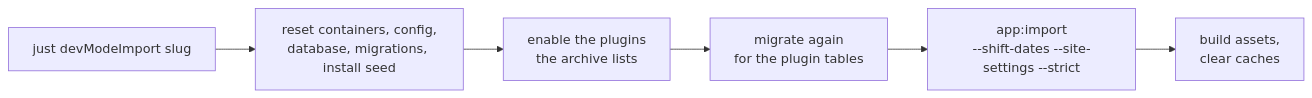
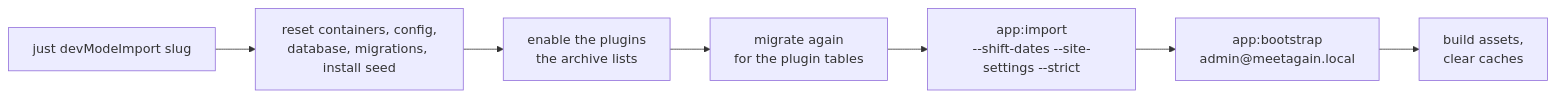
Before and after one commit to xuedi/meetagain: the diagram in docs/src/core-development/demo-data.md, drawn with Mermaid. The commit also changed other lines of this file and 59 other files, not shown here.

````diff
--- a/docs/src/core-development/demo-data.md
+++ b/docs/src/core-development/demo-data.md
@@ -18,8 +20,9 @@
 ```mermaid
 flowchart LR
     A["just devModeImport slug"] --> R["reset containers, config,<br/>database, migrations, install seed"]
     R --> P["enable the plugins<br/>the archive lists"]
     P --> M["migrate again<br/>for the plugin tables"]
     M --> I["app:import<br/>--shift-dates --site-settings --strict"]
-    I --> F["build assets,<br/>clear caches"]
+    I --> B["app:bootstrap<br/>admin@meetagain.local"]
+    B --> F["build assets,<br/>clear caches"]
 ```
````
